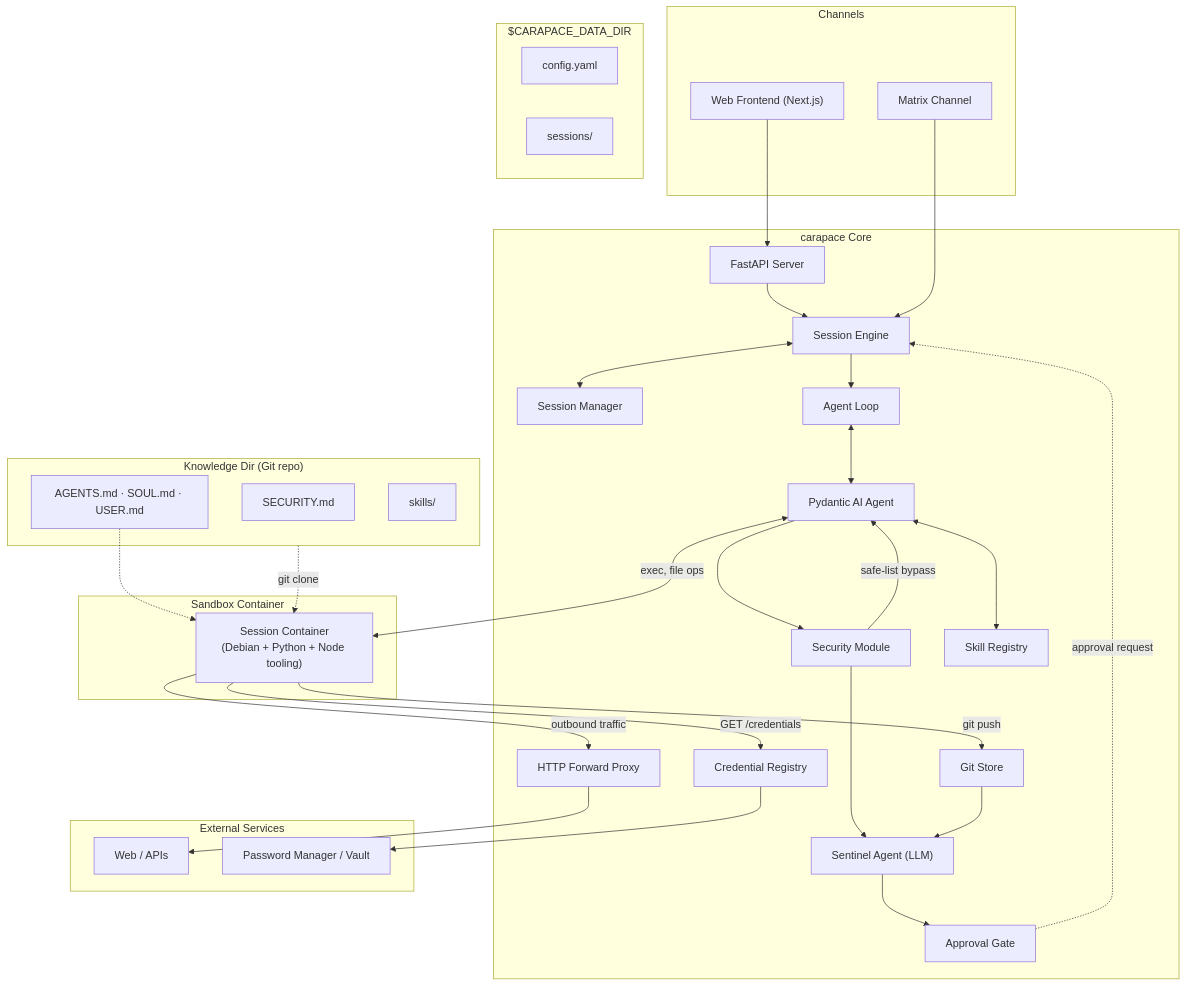
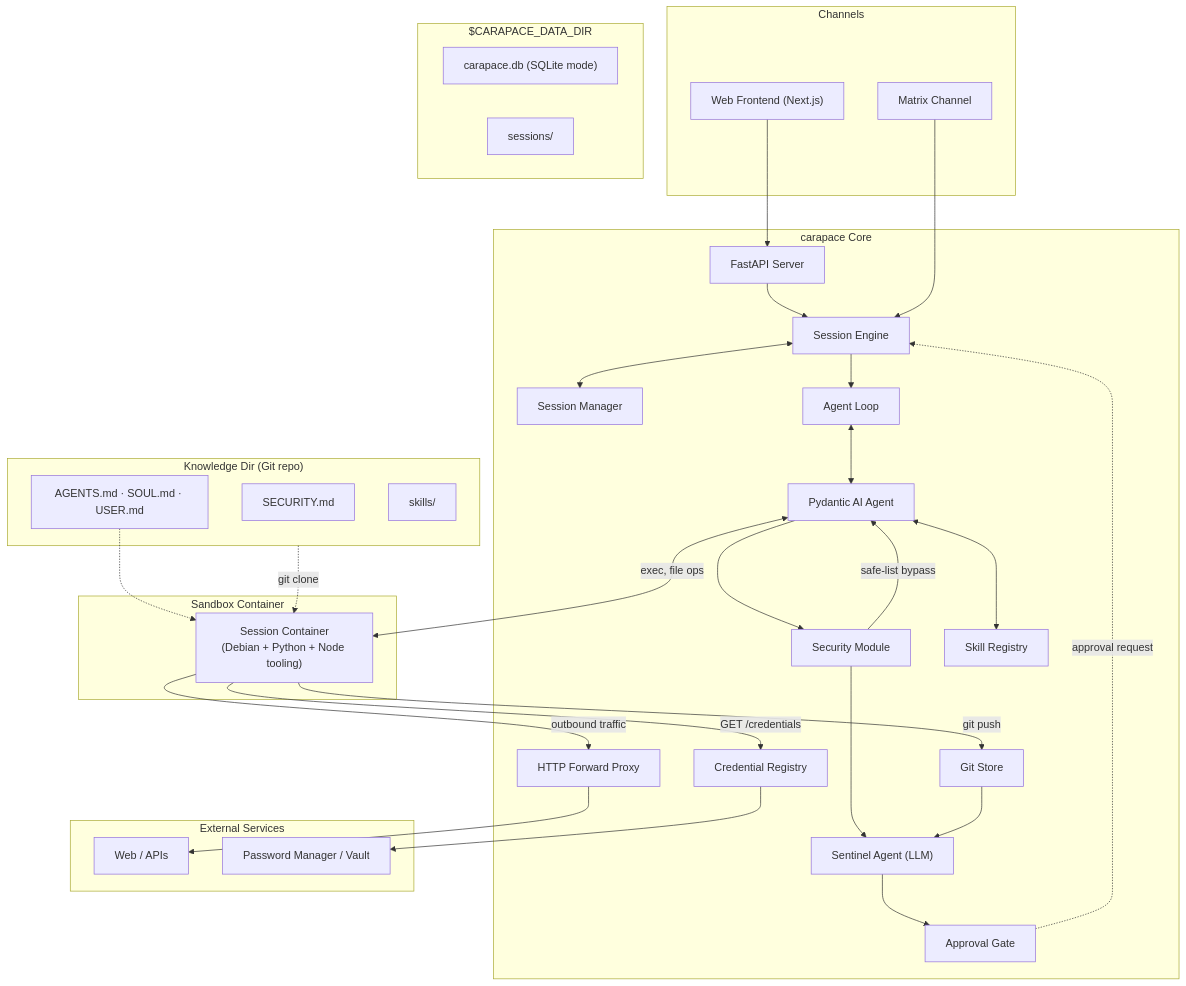
Before and after one commit to jkuball/carapace: the first of 3 diagrams in docs/architecture.md, drawn with Mermaid. The commit also changed other lines of this file and 18 other files, not shown here.

First line of the commit message:
chore: remove config.yaml; operator config is env-only

````diff
--- a/docs/architecture.md
+++ b/docs/architecture.md
@@ -7,66 +7,66 @@
 ```mermaid
 flowchart TB
     subgraph channels [Channels]
         WebUI["Web Frontend (Next.js)"]
         MatrixCh[Matrix Channel]
     end
 
     subgraph carapace [carapace Core]
         Server[FastAPI Server]
         SessionEngine[Session Engine]
         SessionMgr[Session Manager]
         SecurityMod["Security Module"]
         Sentinel["Sentinel Agent (LLM)"]
         ApprovalGate[Approval Gate]
         AgentLoop[Agent Loop]
         Agent["Pydantic AI Agent"]
         SkillRegistry[Skill Registry]
         GitStore[Git Store]
         CredentialRegistry[Credential Registry]
         Proxy[HTTP Forward Proxy]
     end
 
     subgraph sandbox [Sandbox Container]
         Container["Session Container<br/>(Debian + Python + Node tooling)"]
     end
 
     subgraph external [External Services]
         Web[Web / APIs]
         Vault[Password Manager / Vault]
     end
 
     subgraph datadir ["$CARAPACE_DATA_DIR"]
-        Config[config.yaml]
+        DBFile["carapace.db (SQLite mode)"]
         Sessions[sessions/]
     end
 
     subgraph knowledgedir ["Knowledge Dir (Git repo)"]
         SecurityPolicy[SECURITY.md]
         WorkspaceFiles["AGENTS.md · SOUL.md · USER.md"]
         Skills[skills/]
     end
 
     WebUI --> Server
     Server --> SessionEngine
     MatrixCh --> SessionEngine
     SessionEngine <--> SessionMgr
     SessionEngine --> AgentLoop
     AgentLoop <--> Agent
     Agent <--> SkillRegistry
     Agent --> SecurityMod
     SecurityMod -->|safe-list bypass| Agent
     SecurityMod --> Sentinel
     Sentinel --> ApprovalGate
     ApprovalGate -.->|approval request| SessionEngine
 
     Agent <-->|exec, file ops| Container
     Container -->|outbound traffic| Proxy
     Proxy --> Web
     Container -->|git push| GitStore
     Container -->|GET /credentials| CredentialRegistry
     CredentialRegistry --> Vault
     GitStore --> Sentinel
 
     knowledgedir -.->|git clone| Container
     WorkspaceFiles -.-> Container
 ```
````
